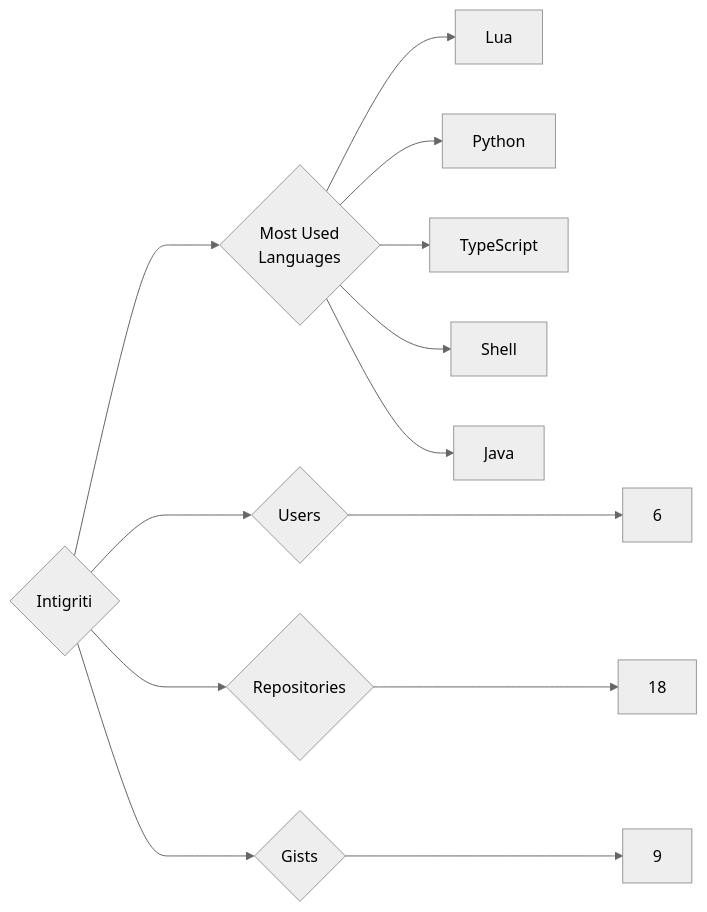
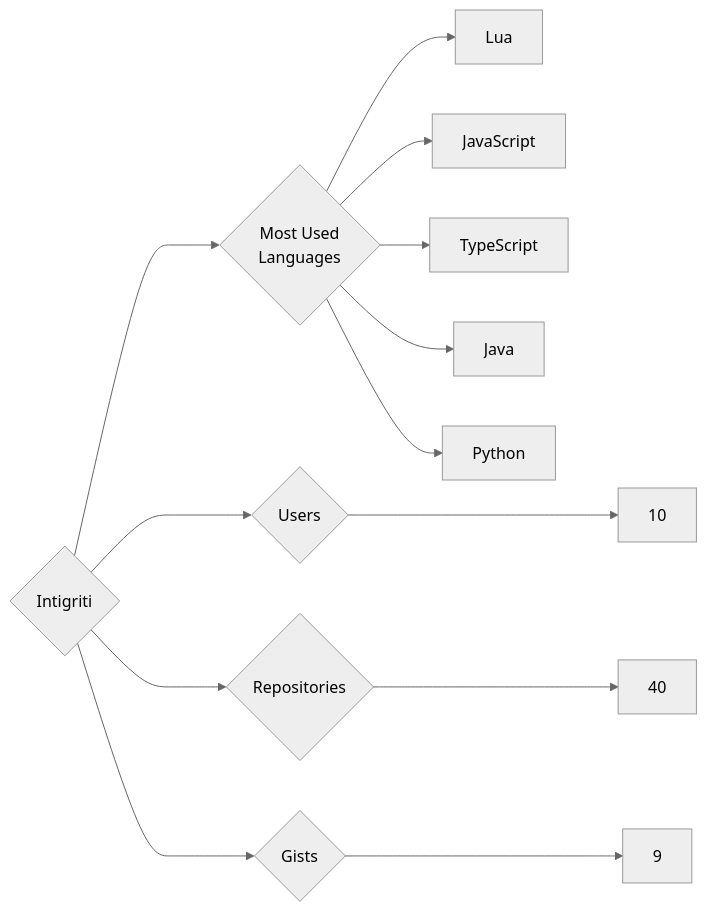
One commit to trickest/insiders changed the diagram in targets/Intigriti/README.md. Above: the diagram before and after it, drawn with Mermaid (neutral theme). The commit also changed 857 other files, not shown here.

````diff
--- a/targets/Intigriti/README.md
+++ b/targets/Intigriti/README.md
@@ -3,13 +3,13 @@
 ```mermaid
 graph LR
 COMPANY_NAME{Intigriti}
-COMPANY_NAME ---> U{Users} ---> UN[6]
-COMPANY_NAME ---> R{Repositories} ---> RN[18]
+COMPANY_NAME ---> U{Users} ---> UN[10]
+COMPANY_NAME ---> R{Repositories} ---> RN[40]
 COMPANY_NAME ---> G{Gists} ---> GN[9]
 COMPANY_NAME ---> ML{Most Used<br>Languages}
 ML --> Lua[Lua]
+ML --> JavaScript[JavaScript]
+ML --> TypeScript[TypeScript]
+ML --> Java[Java]
 ML --> Python[Python]
-ML --> TypeScript[TypeScript]
-ML --> Shell[Shell]
-ML --> Java[Java]
 ```
````
